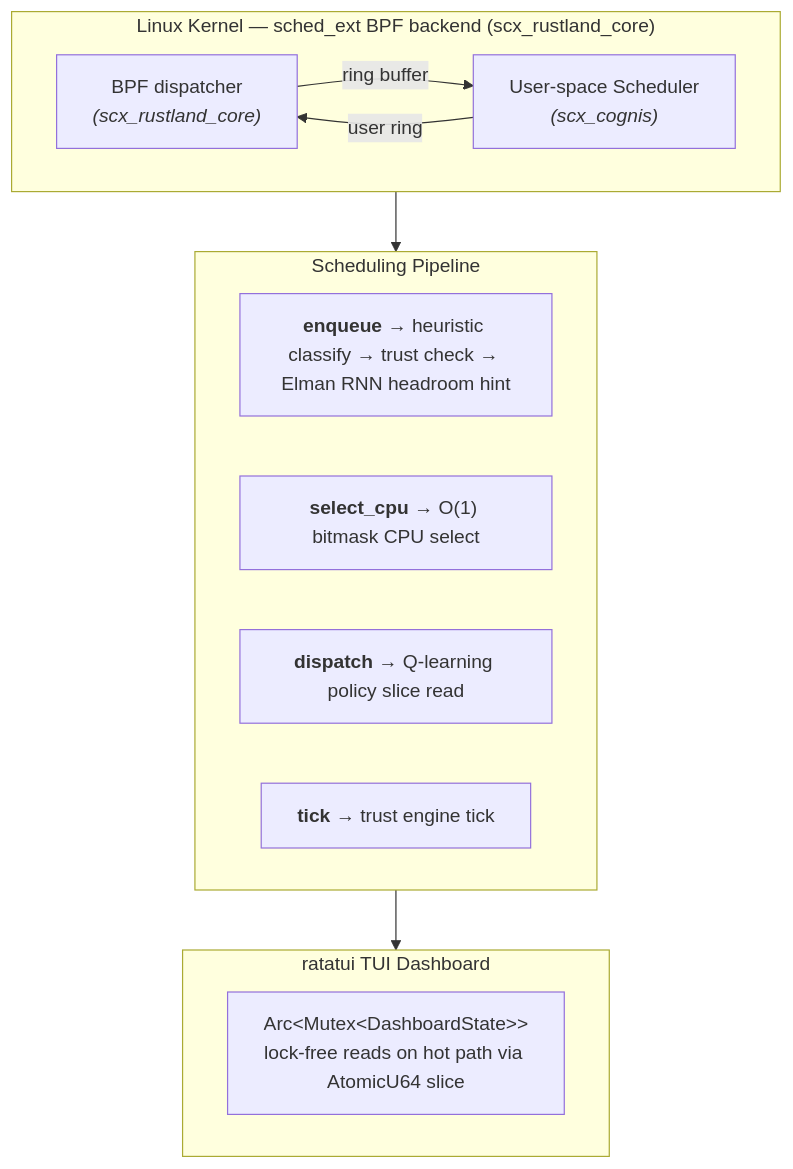
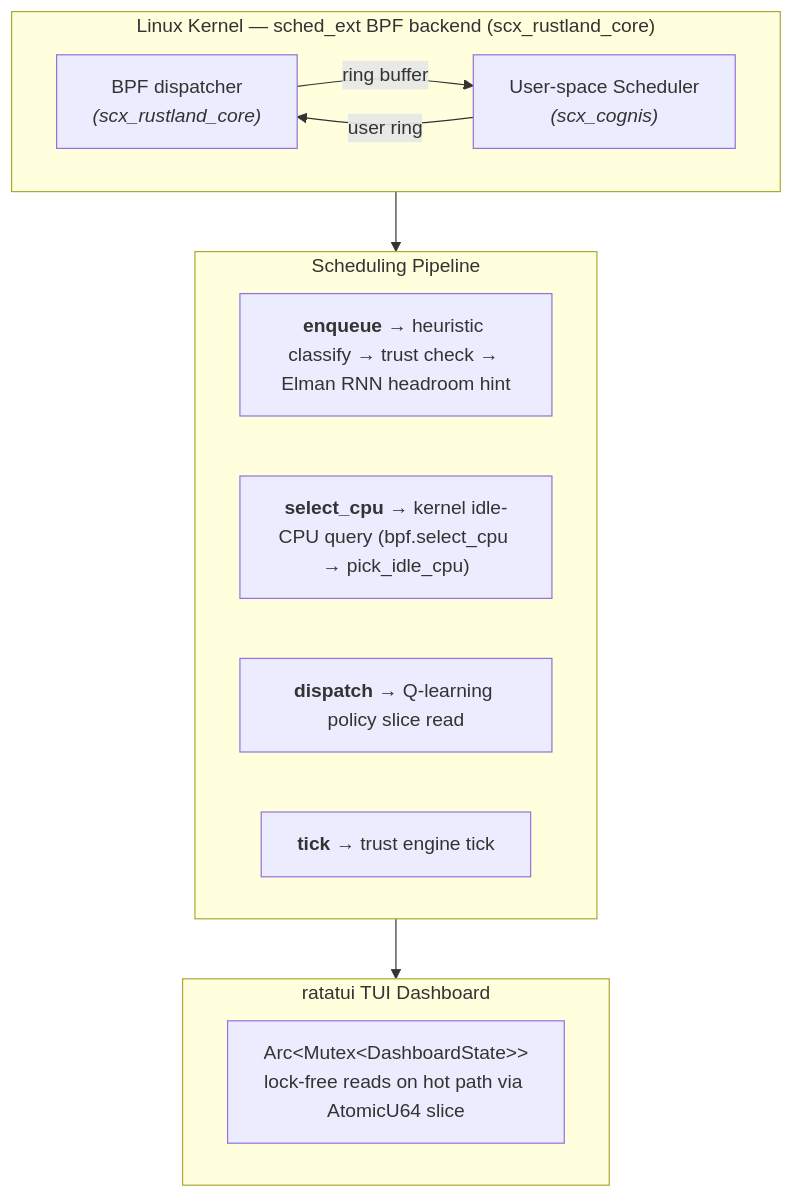
The diagram in README.md (galpt/scx_cognis), drawn with Mermaid before and after one commit. The commit also changed other lines of this file and 3 other files, not shown here.

First line of the commit message:
refactor: remove dead code left by bpf.select_cpu() dispatch switch

````diff
--- a/README.md
+++ b/README.md
@@ -313,27 +290,27 @@
 ```mermaid
 flowchart TD
     subgraph Kernel["Linux Kernel — sched_ext BPF backend (scx_rustland_core)"]
         direction LR
         BPF["`BPF dispatcher
         *(scx_rustland_core)*`"]
         US["`User-space Scheduler
         *(scx_cognis)*`"]
         BPF -- "ring buffer" --> US
         US -- "user ring" --> BPF
     end
 
     subgraph Pipeline["Scheduling Pipeline"]
         P1["`**enqueue** → heuristic classify → trust check → Elman RNN headroom hint`"]
-        P2["`**select_cpu** → O(1) bitmask CPU select`"]
+        P2["`**select_cpu** → kernel idle-CPU query (bpf.select_cpu → pick_idle_cpu)`"]
         P3["`**dispatch** → Q-learning policy slice read`"]
         P4["`**tick** → trust engine tick`"]
     end
 
     subgraph TUI["ratatui TUI Dashboard"]
         DS["`Arc&lt;Mutex&lt;DashboardState&gt;&gt;
         lock-free reads on hot path via AtomicU64 slice`"]
     end
 
     Kernel --> Pipeline
     Pipeline --> TUI
 ```
````
